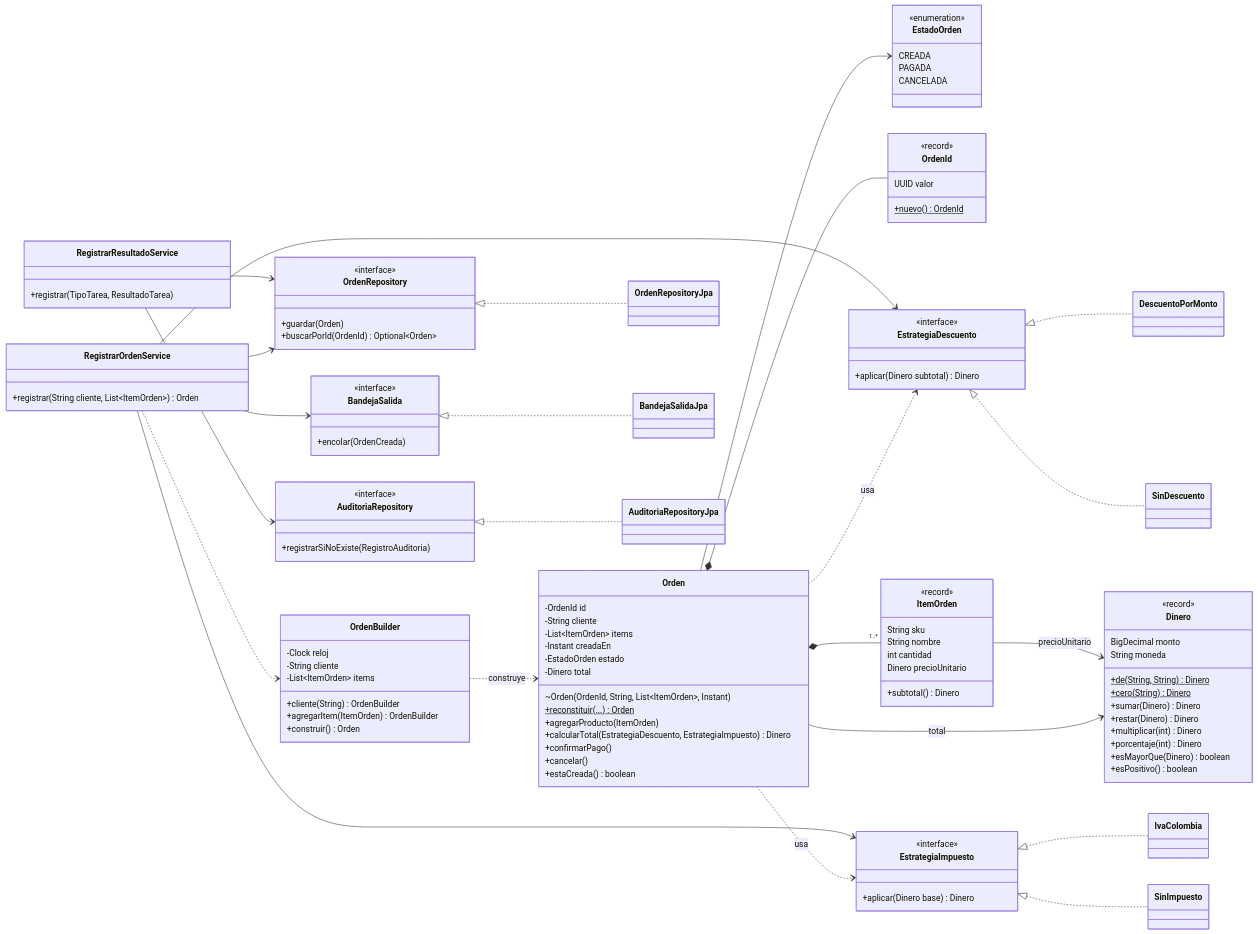
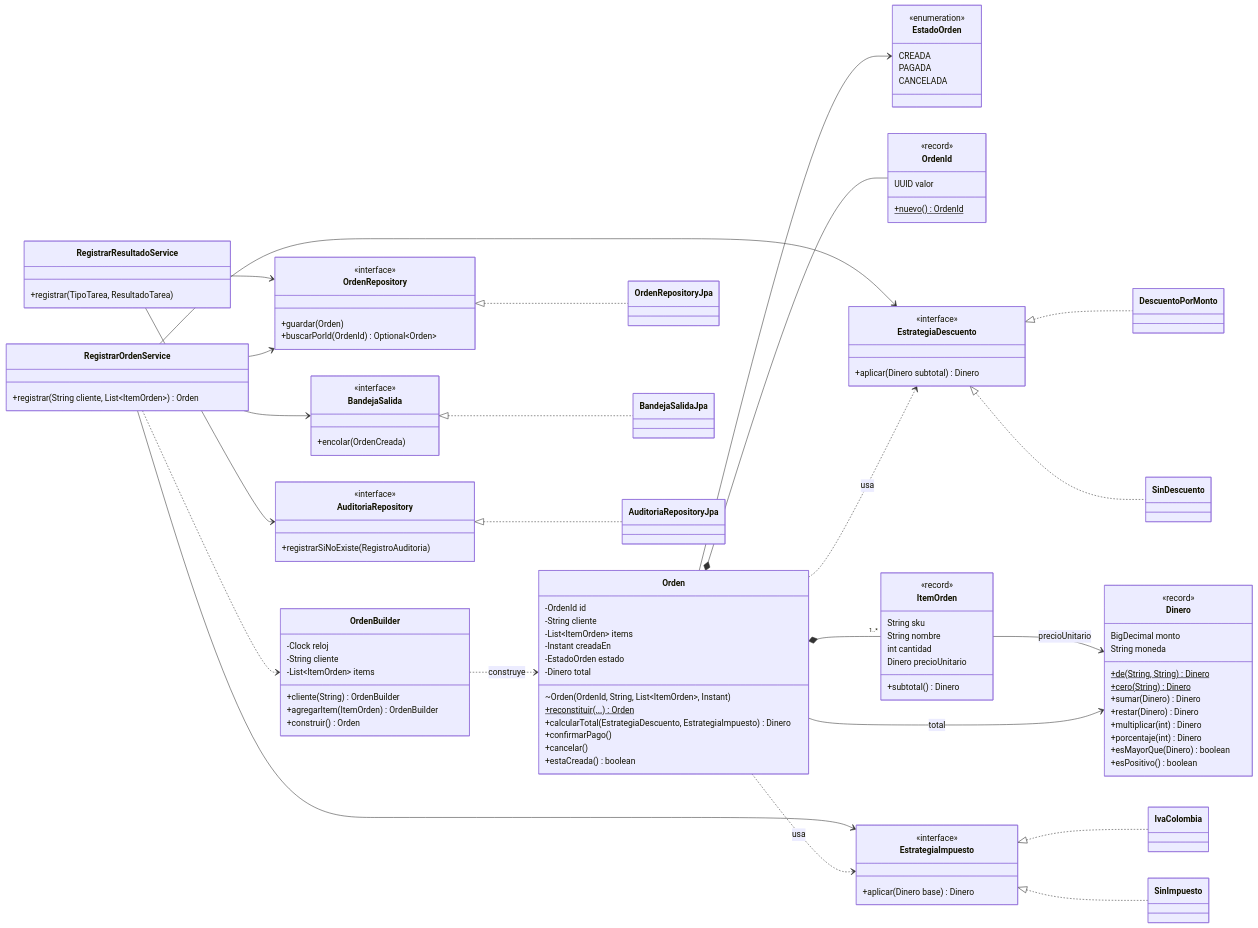
The diagram in docs/diagramas/clases-dominio.md (Santtiy/Ecommerce-Hibrido_), drawn with Mermaid before and after one commit. The commit also changed 3 other files, not shown here.

First line of the commit message:
Elimina Orden.agregarProducto y fija los items al crear la orden

```diff
--- a/docs/diagramas/clases-dominio.md
+++ b/docs/diagramas/clases-dominio.md
@@ -16,7 +16,6 @@
         -Dinero total
         ~Orden(OrdenId, String, List~ItemOrden~, Instant)
         +reconstituir(...)$ Orden
-        +agregarProducto(ItemOrden)
         +calcularTotal(EstrategiaDescuento, EstrategiaImpuesto) Dinero
         +confirmarPago()
         +cancelar()
```
